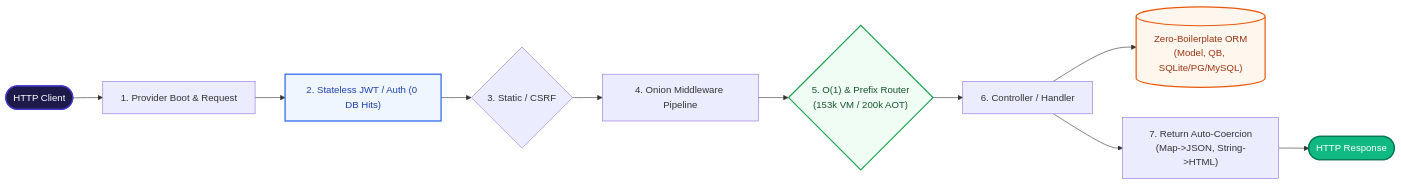
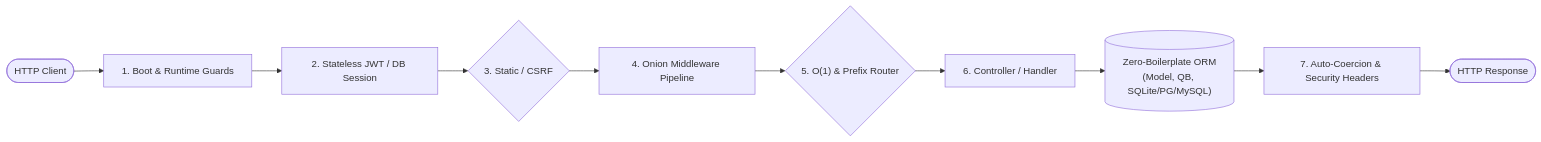
Before and after one commit to needyamin/spid3r_web: the diagram in README.md, drawn with Mermaid. The commit also changed other lines of this file and 171 other files, not shown here.

Commit message:
Phases 0-7: safety, hygiene, modern syntax, structure, runtime hardening, release tooling, DX, polish; refresh developer docs and diagrams

````diff
--- a/README.md
+++ b/README.md
@@ -21,18 +21,12 @@
 ```mermaid
 flowchart LR
-    Client(["HTTP Client"]) --> Boot["1. Provider Boot & Request"]
-    Boot --> Auth["2. Stateless JWT / Auth (0 DB Hits)"]
+    Client(["HTTP Client"]) --> Boot["1. Boot & Runtime Guards"]
+    Boot --> Auth["2. Stateless JWT / DB Session"]
     Auth --> CSRF{"3. Static / CSRF"}
     CSRF --> GlobalMW["4. Onion Middleware Pipeline"]
-    GlobalMW --> Router{"5. O(1) & Prefix Router<br/>(153k VM / 200k AOT)"}
+    GlobalMW --> Router{"5. O(1) & Prefix Router"}
     Router --> Handler["6. Controller / Handler"]
     Handler --> ORM[("Zero-Boilerplate ORM<br/>(Model, QB, SQLite/PG/MySQL)")]
-    Handler --> Coerce["7. Return Auto-Coercion<br/>(Map->JSON, String->HTML)"]
+    ORM --> Coerce["7. Auto-Coercion & Security Headers"]
     Coerce --> Res(["HTTP Response"])
-
-    style Client fill:#1e1b4b,stroke:#4338ca,stroke-width:2px,color:#fff
-    style Auth fill:#eff6ff,stroke:#2563eb,stroke-width:2px,color:#1e40af
-    style Router fill:#f0fdf4,stroke:#16a34a,stroke-width:2px,color:#14532d
-    style ORM fill:#fff7ed,stroke:#ea580c,stroke-width:2px,color:#9a3412
-    style Res fill:#10b981,stroke:#047857,stroke-width:2px,color:#fff
 ```
````
